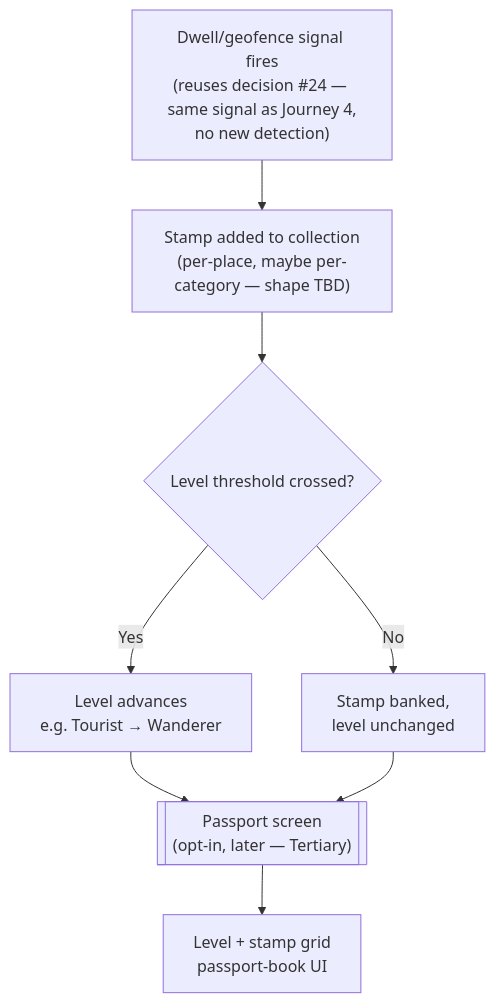
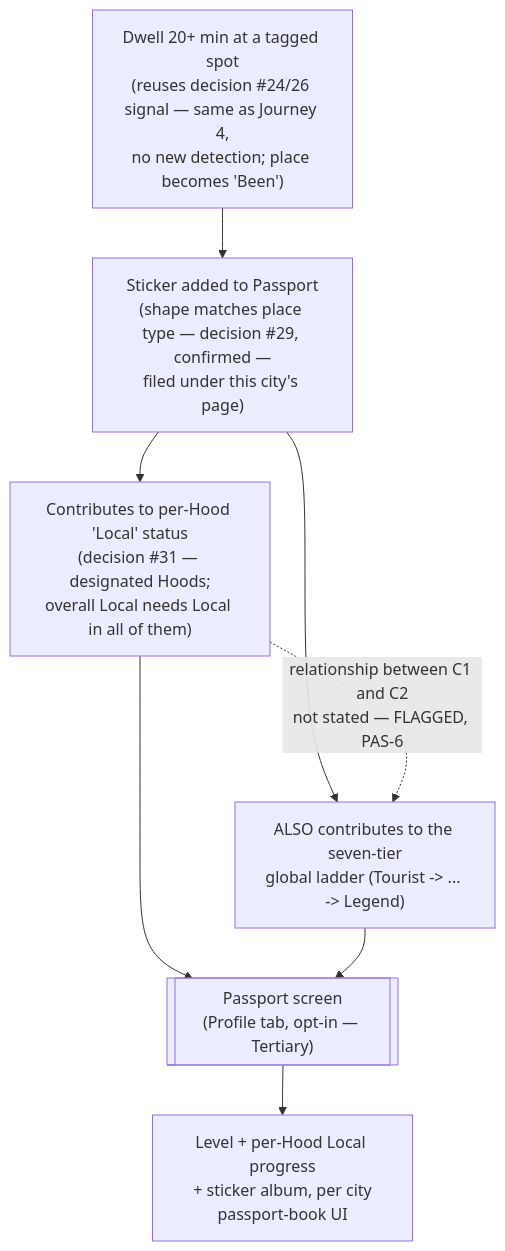
One commit to AviranGrisaro/passenger-brain changed the seventh of 9 diagrams in design/ux-flows.md. Above: the diagram before and after it, drawn with Mermaid. The commit also changed other lines of this file and 2 other files, not shown here.

First line of the commit message:
Reconcile ux-flows.md/map-rendering-spec.md against 2026-07-30 founders-meeting V1 scope lock (PAS-8)

````diff
--- a/design/ux-flows.md
+++ b/design/ux-flows.md
@@ -271,10 +290,10 @@
 ```mermaid
 flowchart TD
-    A["Dwell/geofence signal fires<br/>(reuses decision #24 — same signal as Journey 4,<br/>no new detection)"] --> B["Stamp added to collection<br/>(per-place, maybe per-category — shape TBD)"]
-    B --> C{Level threshold crossed?}
-    C -->|Yes| D["Level advances<br/>e.g. Tourist → Wanderer"]
-    C -->|No| E[Stamp banked,<br/>level unchanged]
-    D --> F[["Passport screen<br/>(opt-in, later — Tertiary)"]]
-    E --> F
-    F --> G["Level + stamp grid<br/>passport-book UI"]
+    A["Dwell 20+ min at a tagged spot<br/>(reuses decision #24/26 signal — same as Journey 4,<br/>no new detection; place becomes 'Been')"] --> B["Sticker added to Passport<br/>(shape matches place type — decision #29, confirmed —<br/>filed under this city's page)"]
+    B --> C1["Contributes to per-Hood 'Local' status<br/>(decision #31 — designated Hoods;<br/>overall Local needs Local in all of them)"]
+    B --> C2["ALSO contributes to the seven-tier<br/>global ladder (Tourist -> ... -> Legend)"]
+    C1 -.relationship between C1 and C2<br/>not stated — FLAGGED, PAS-6.-> C2
+    C1 --> F[["Passport screen<br/>(Profile tab, opt-in — Tertiary)"]]
+    C2 --> F
+    F --> G["Level + per-Hood Local progress<br/>+ sticker album, per city<br/>passport-book UI"]
 ```
````
